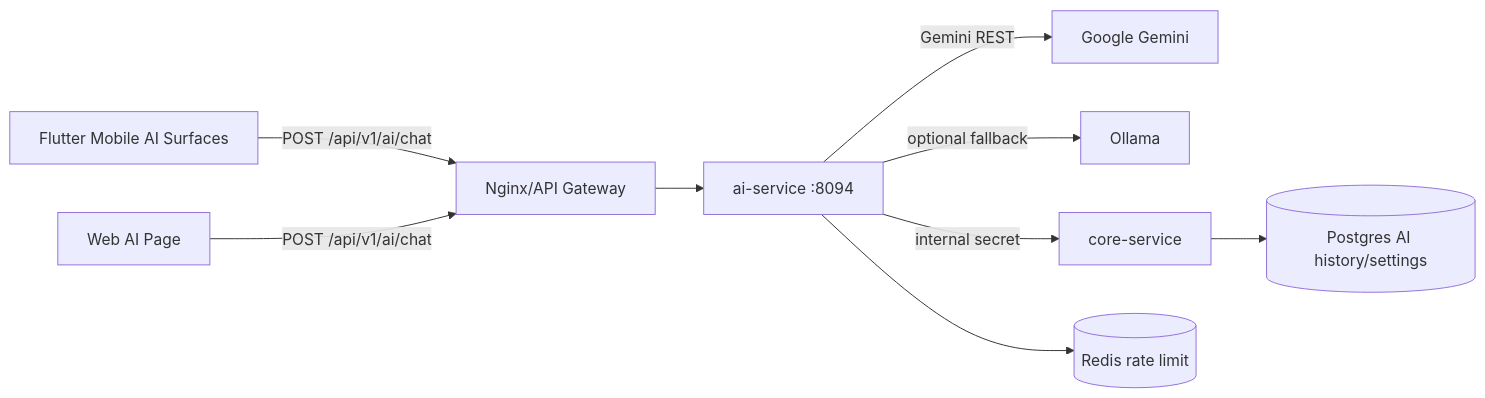
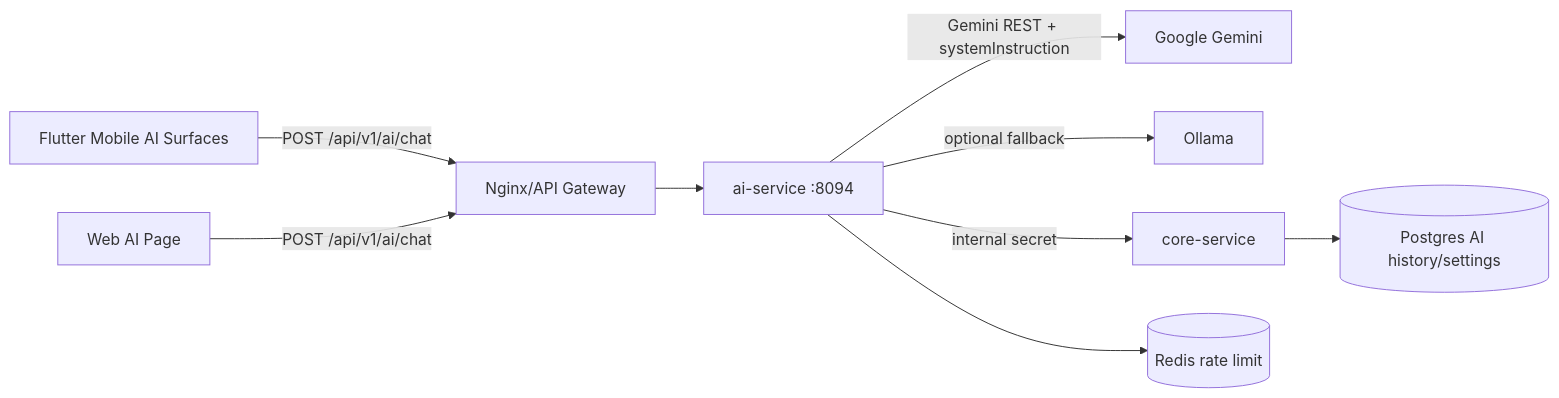
The diagram in docs/sdd/layer-2/MODULE_SPEC_AI_ASSISTANT.md (CNM-DHKTPM18A-2526/CNM-VNALO), drawn with Mermaid before and after one commit. The commit also changed other lines of this file, not shown here.

````diff
--- a/docs/sdd/layer-2/MODULE_SPEC_AI_ASSISTANT.md
+++ b/docs/sdd/layer-2/MODULE_SPEC_AI_ASSISTANT.md
@@ -13,11 +13,11 @@
 ```mermaid
 flowchart LR
   Mobile[Flutter Mobile AI Surfaces] -->|POST /api/v1/ai/chat| Gateway[Nginx/API Gateway]
   Web[Web AI Page] -->|POST /api/v1/ai/chat| Gateway
   Gateway --> AI[ai-service :8094]
-  AI -->|Gemini REST| Gemini[Google Gemini]
+  AI -->|Gemini REST + systemInstruction| Gemini[Google Gemini]
   AI -->|optional fallback| Ollama[Ollama]
   AI -->|internal secret| Core[core-service]
   AI --> Redis[(Redis rate limit)]
   Core --> DB[(Postgres AI history/settings)]
 ```
````
